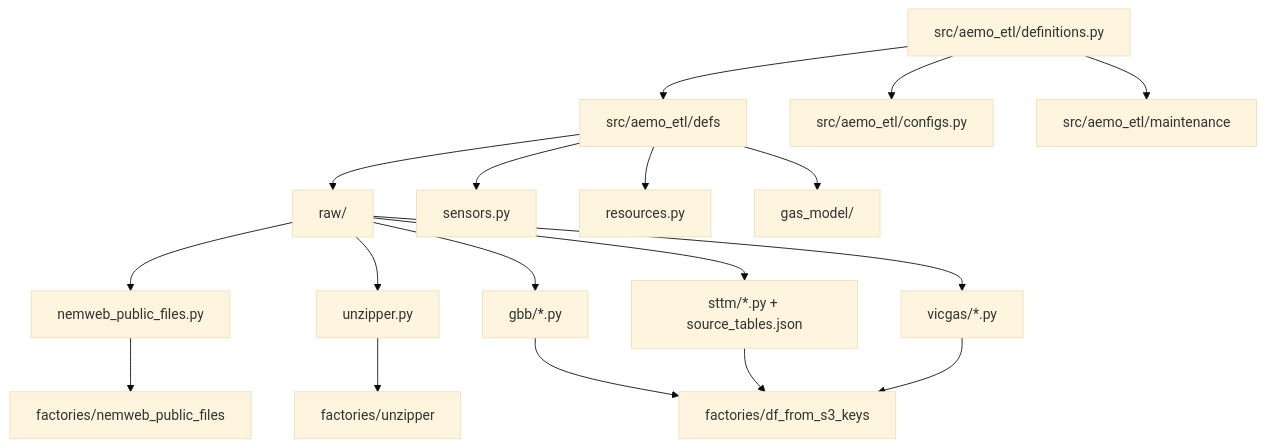
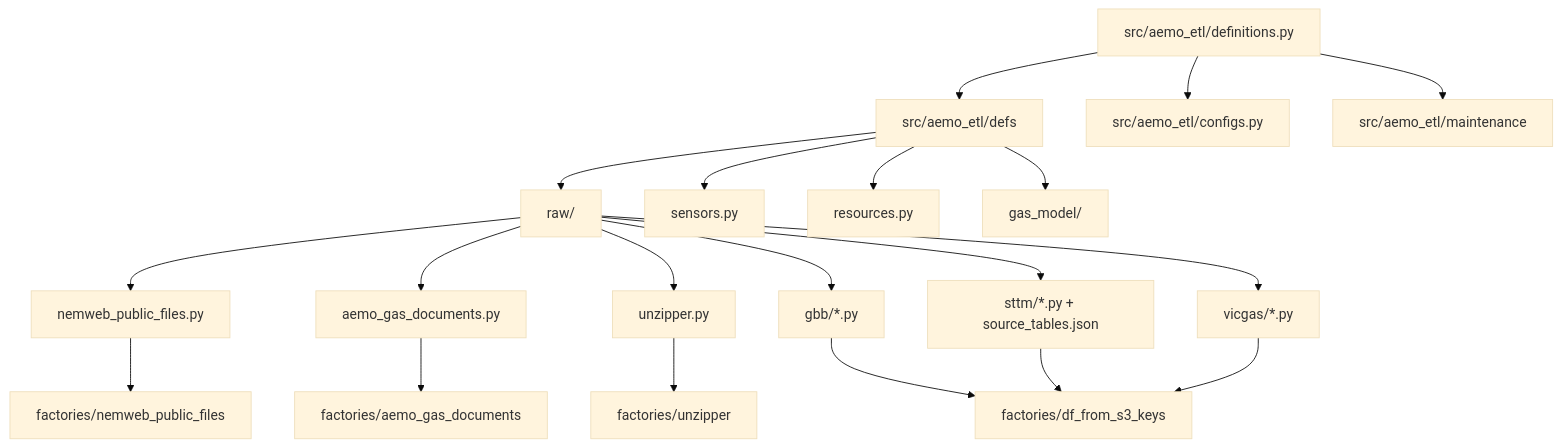
Before and after one commit to Chr1sC0de/energy-market-delta-lake: the second of 2 diagrams in backend-services/dagster-user/aemo-etl/docs/architecture/high_level_architecture.md, drawn with Mermaid (base theme). The commit also changed other lines of this file and 12 other files, not shown here.

Commit message:
Implement issue #129: Implement AEMO gas PDF landing scraper and metadata table

````diff
--- a/backend-services/dagster-user/aemo-etl/docs/architecture/high_level_architecture.md
+++ b/backend-services/dagster-user/aemo-etl/docs/architecture/high_level_architecture.md
@@ -290,23 +300,25 @@
 ```mermaid
 flowchart TD
     Definitions["src/aemo_etl/definitions.py"] --> Defs["src/aemo_etl/defs"]
     Definitions --> Config["src/aemo_etl/configs.py"]
     Definitions --> Maintenance["src/aemo_etl/maintenance"]
 
     Defs --> Raw["raw/"]
     Defs --> Sensors["sensors.py"]
     Defs --> Resources["resources.py"]
     Defs --> GasModel["gas_model/"]
 
     Raw --> NemwebDefs["nemweb_public_files.py"]
+    Raw --> AemoGasDocs["aemo_gas_documents.py"]
     Raw --> UnzipDefs["unzipper.py"]
     Raw --> GBB["gbb/*.py"]
     Raw --> STTM["sttm/*.py + source_tables.json"]
     Raw --> VICGAS["vicgas/*.py"]
 
     GBB --> DFFactory["factories/df_from_s3_keys"]
     STTM --> DFFactory
     VICGAS --> DFFactory
     NemwebDefs --> NemwebFactory["factories/nemweb_public_files"]
+    AemoGasDocs --> AemoGasDocsFactory["factories/aemo_gas_documents"]
     UnzipDefs --> UnzipFactory["factories/unzipper"]
 ```
````
